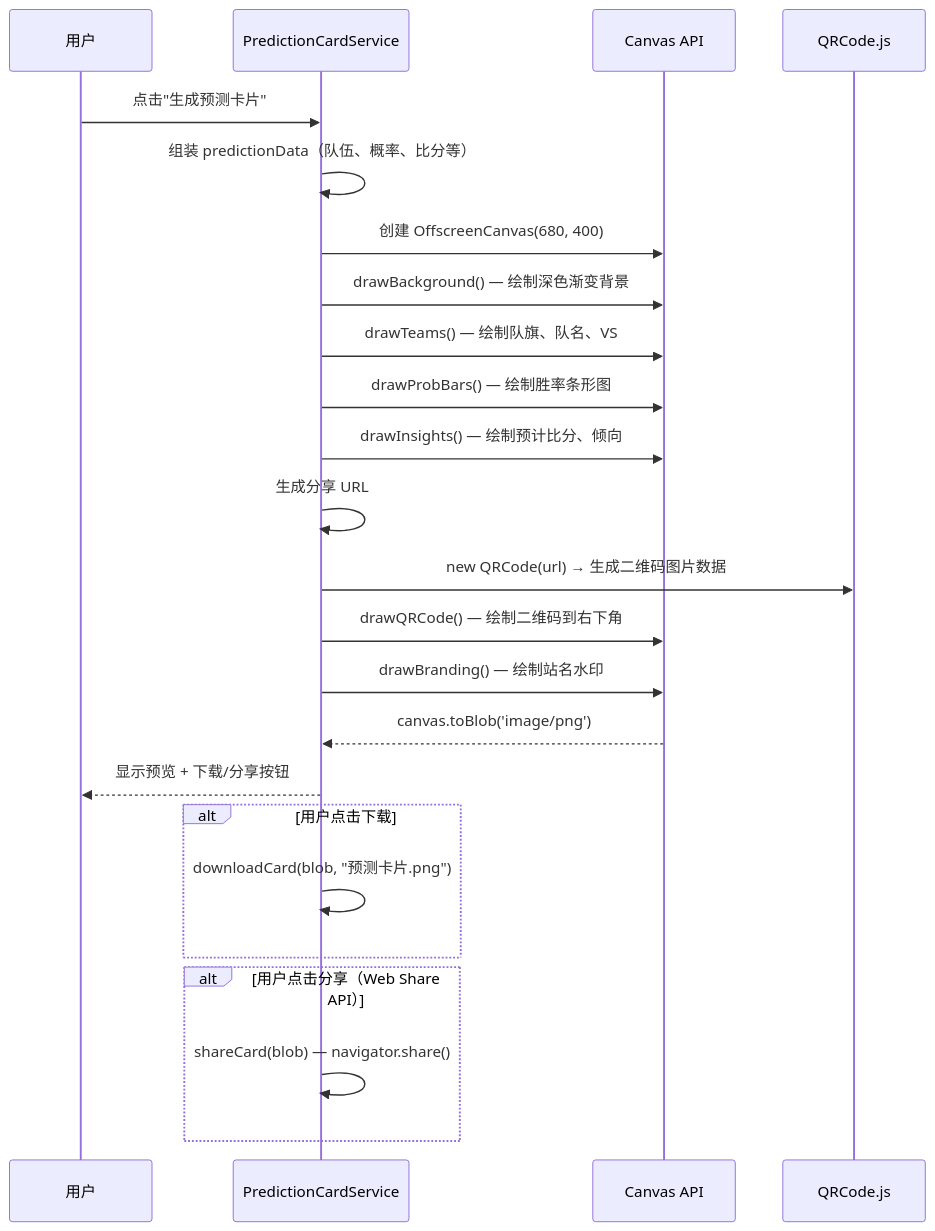
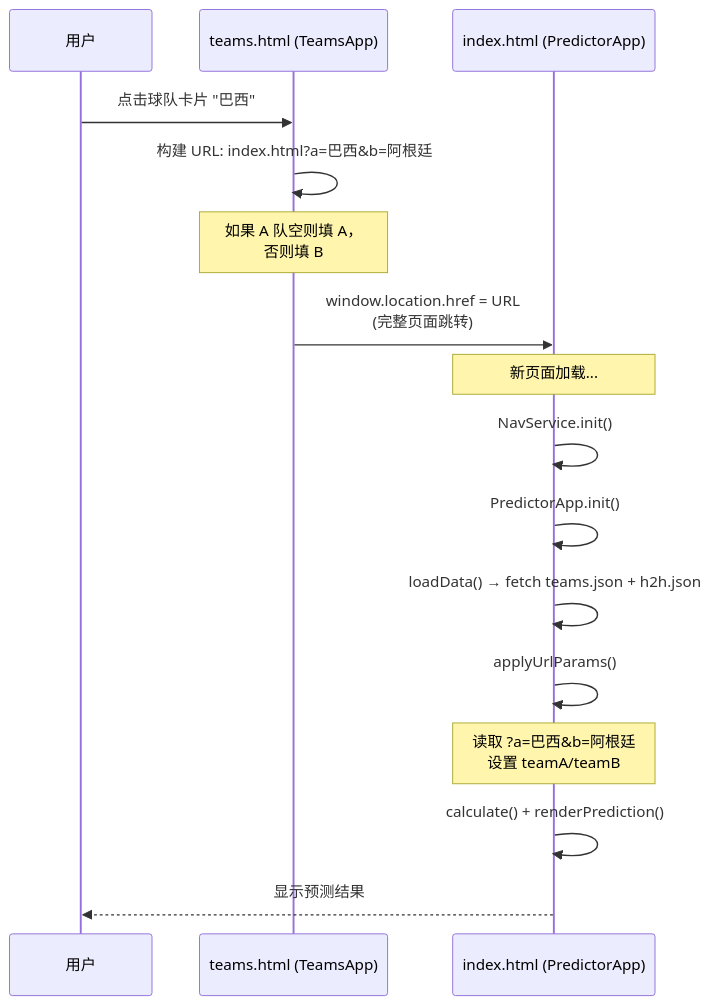
One commit to jyuxin1997-arch/mbti-cosmos changed the third of 6 diagrams in docs/ARCHITECTURE.md. Above: the diagram before and after it, drawn with Mermaid. The commit also changed other lines of this file and 25 other files, not shown here.

````diff
--- a/docs/ARCHITECTURE.md
+++ b/docs/ARCHITECTURE.md
@@ -413,32 +401,20 @@
 ```mermaid
 sequenceDiagram
-    participant U as 用户
-    participant PC as PredictionCardService
-    participant C as Canvas API
-    participant QR as QRCode.js
+    participant User as 用户
+    participant Teams as teams.html (TeamsApp)
+    participant Index as index.html (PredictorApp)
 
-    U->>PC: 点击"生成预测卡片"
-    PC->>PC: 组装 predictionData（队伍、概率、比分等）
+    User->>Teams: 点击球队卡片 "巴西"
+    Teams->>Teams: 构建 URL: index.html?a=巴西&b=阿根廷
+    Note over Teams: 如果 A 队空则填 A，<br/>否则填 B
+    Teams->>Index: window.location.href = URL<br/>(完整页面跳转)
 
-    PC->>C: 创建 OffscreenCanvas(680, 400)
-    PC->>C: drawBackground() — 绘制深色渐变背景
-    PC->>C: drawTeams() — 绘制队旗、队名、VS
-    PC->>C: drawProbBars() — 绘制胜率条形图
-    PC->>C: drawInsights() — 绘制预计比分、倾向
-
-    PC->>PC: 生成分享 URL
-    PC->>QR: new QRCode(url) → 生成二维码图片数据
-    PC->>C: drawQRCode() — 绘制二维码到右下角
-    PC->>C: drawBranding() — 绘制站名水印
-
-    C-->>PC: canvas.toBlob('image/png')
-    PC-->>U: 显示预览 + 下载/分享按钮
-
-    alt 用户点击下载
-        PC->>PC: downloadCard(blob, "预测卡片.png")
-    end
-
-    alt 用户点击分享（Web Share API）
-        PC->>PC: shareCard(blob) — navigator.share()
-    end
+    Note over Index: 新页面加载...
+    Index->>Index: NavService.init()
+    Index->>Index: PredictorApp.init()
+    Index->>Index: loadData() → fetch teams.json + h2h.json
+    Index->>Index: applyUrlParams()
+    Note over Index: 读取 ?a=巴西&b=阿根廷<br/>设置 teamA/teamB
+    Index->>Index: calculate() + renderPrediction()
+    Index-->>User: 显示预测结果
 ```
````
